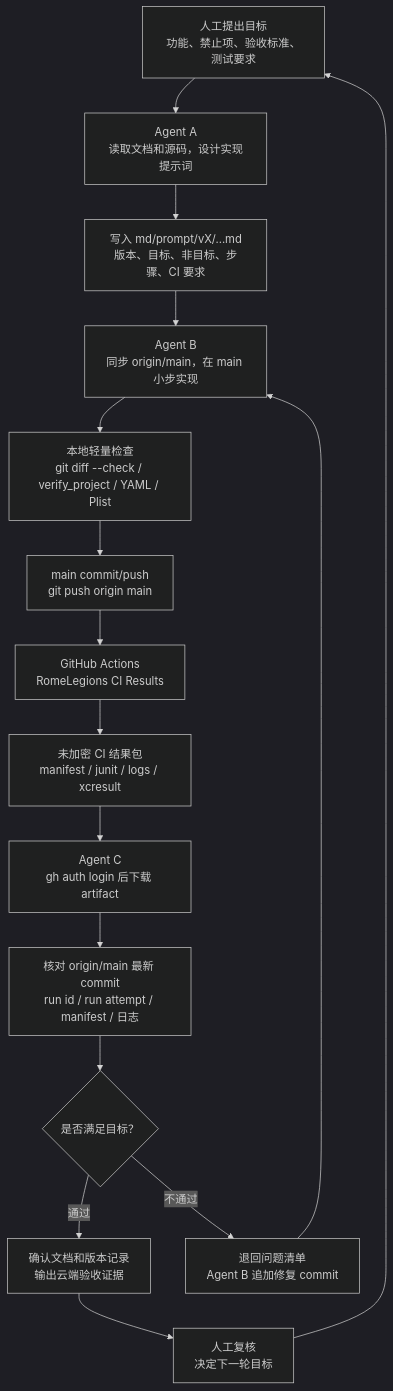
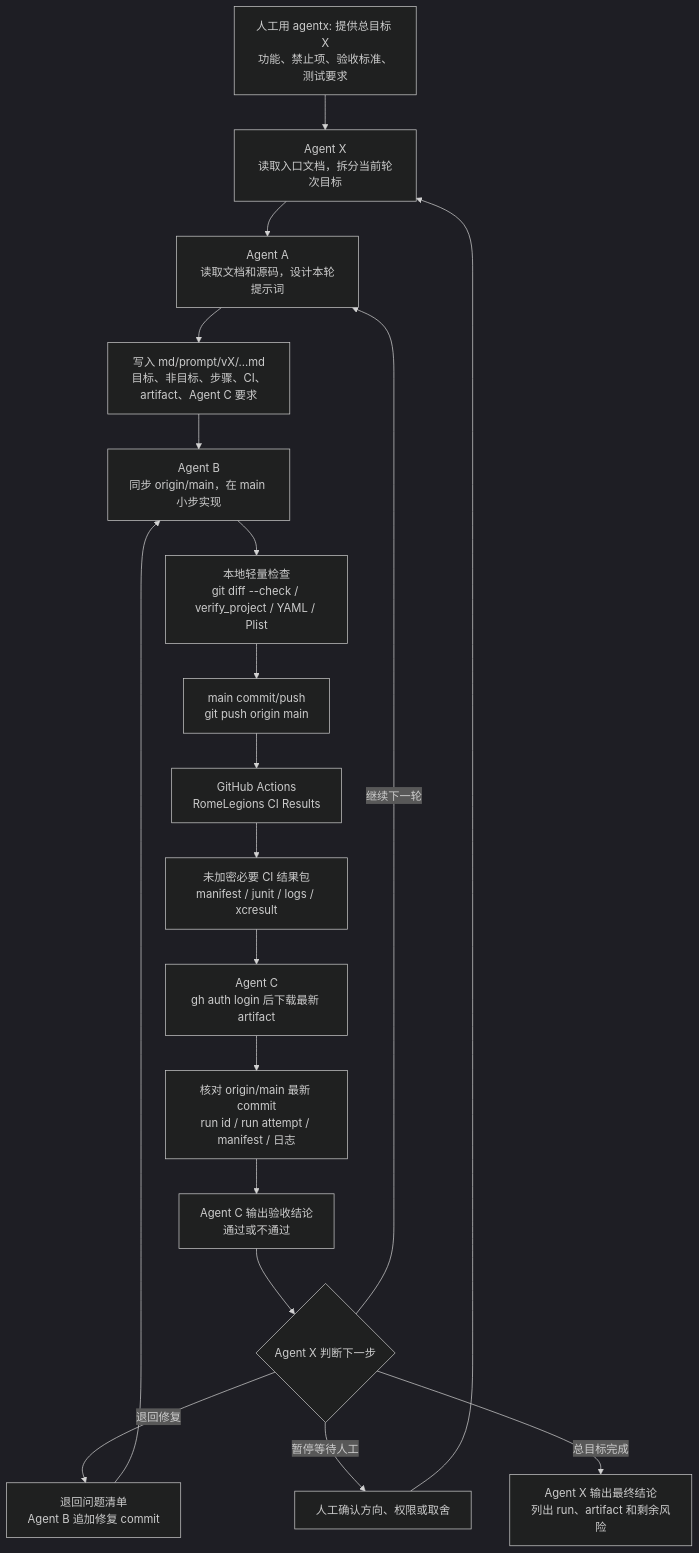
The fifth of 6 diagrams in md/flow/flowchart.md (Altman-sam114/119), drawn with Mermaid (dark theme) before and after one commit. The commit also changed other lines of this file and 7 other files, not shown here.

````diff
--- a/md/flow/flowchart.md
+++ b/md/flow/flowchart.md
@@ -88,18 +88,21 @@
 ```mermaid
 flowchart TD
-    A["人工提出目标<br/>功能、禁止项、验收标准、测试要求"] --> B["Agent A<br/>读取文档和源码，设计实现提示词"]
-    B --> C["写入 md/prompt/vX/...md<br/>版本、目标、非目标、步骤、CI 要求"]
-    C --> D["Agent B<br/>同步 origin/main，在 main 小步实现"]
-    D --> E["本地轻量检查<br/>git diff --check / verify_project / YAML / Plist"]
-    E --> F["main commit/push<br/>git push origin main"]
-    F --> G["GitHub Actions<br/>RomeLegions CI Results"]
-    G --> H["未加密 CI 结果包<br/>manifest / junit / logs / xcresult"]
-    H --> I["Agent C<br/>gh auth login 后下载 artifact"]
-    I --> J["核对 origin/main 最新 commit<br/>run id / run attempt / manifest / 日志"]
-    J --> K{"是否满足目标？"}
-    K -->|通过| L["确认文档和版本记录<br/>输出云端验收证据"]
-    K -->|不通过| M["退回问题清单<br/>Agent B 追加修复 commit"]
-    M --> D
-    L --> N["人工复核<br/>决定下一轮目标"]
-    N --> A
+    A["人工用 agentx: 提供总目标 X<br/>功能、禁止项、验收标准、测试要求"] --> B["Agent X<br/>读取入口文档，拆分当前轮次目标"]
+    B --> C["Agent A<br/>读取文档和源码，设计本轮提示词"]
+    C --> D["写入 md/prompt/vX/...md<br/>目标、非目标、步骤、CI、artifact、Agent C 要求"]
+    D --> E["Agent B<br/>同步 origin/main，在 main 小步实现"]
+    E --> F["本地轻量检查<br/>git diff --check / verify_project / YAML / Plist"]
+    F --> G["main commit/push<br/>git push origin main"]
+    G --> H["GitHub Actions<br/>RomeLegions CI Results"]
+    H --> I["未加密必要 CI 结果包<br/>manifest / junit / logs / xcresult"]
+    I --> J["Agent C<br/>gh auth login 后下载最新 artifact"]
+    J --> K["核对 origin/main 最新 commit<br/>run id / run attempt / manifest / 日志"]
+    K --> L["Agent C 输出验收结论<br/>通过或不通过"]
+    L --> M{"Agent X 判断下一步"}
+    M -->|退回修复| N["退回问题清单<br/>Agent B 追加修复 commit"]
+    N --> E
+    M -->|继续下一轮| C
+    M -->|暂停等待人工| O["人工确认方向、权限或取舍"]
+    O --> B
+    M -->|总目标完成| P["Agent X 输出最终结论<br/>列出 run、artifact 和剩余风险"]
 ```
````
